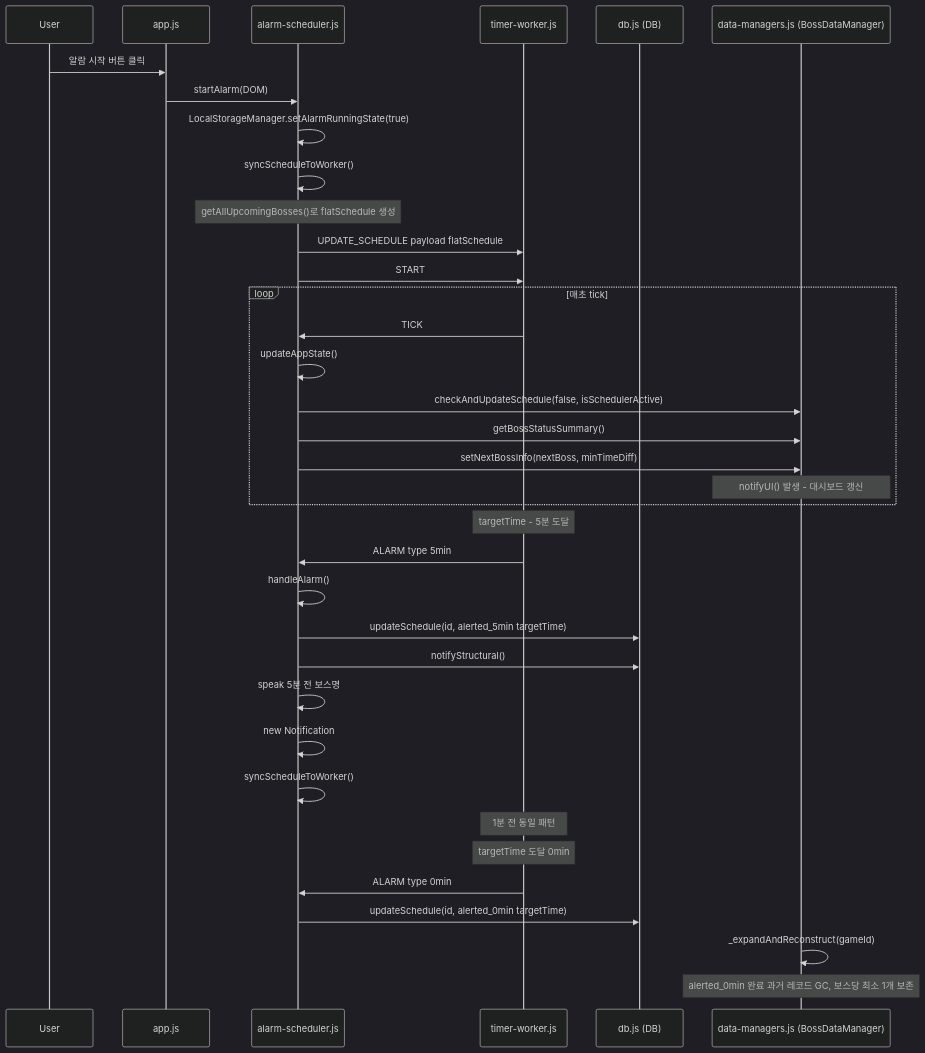
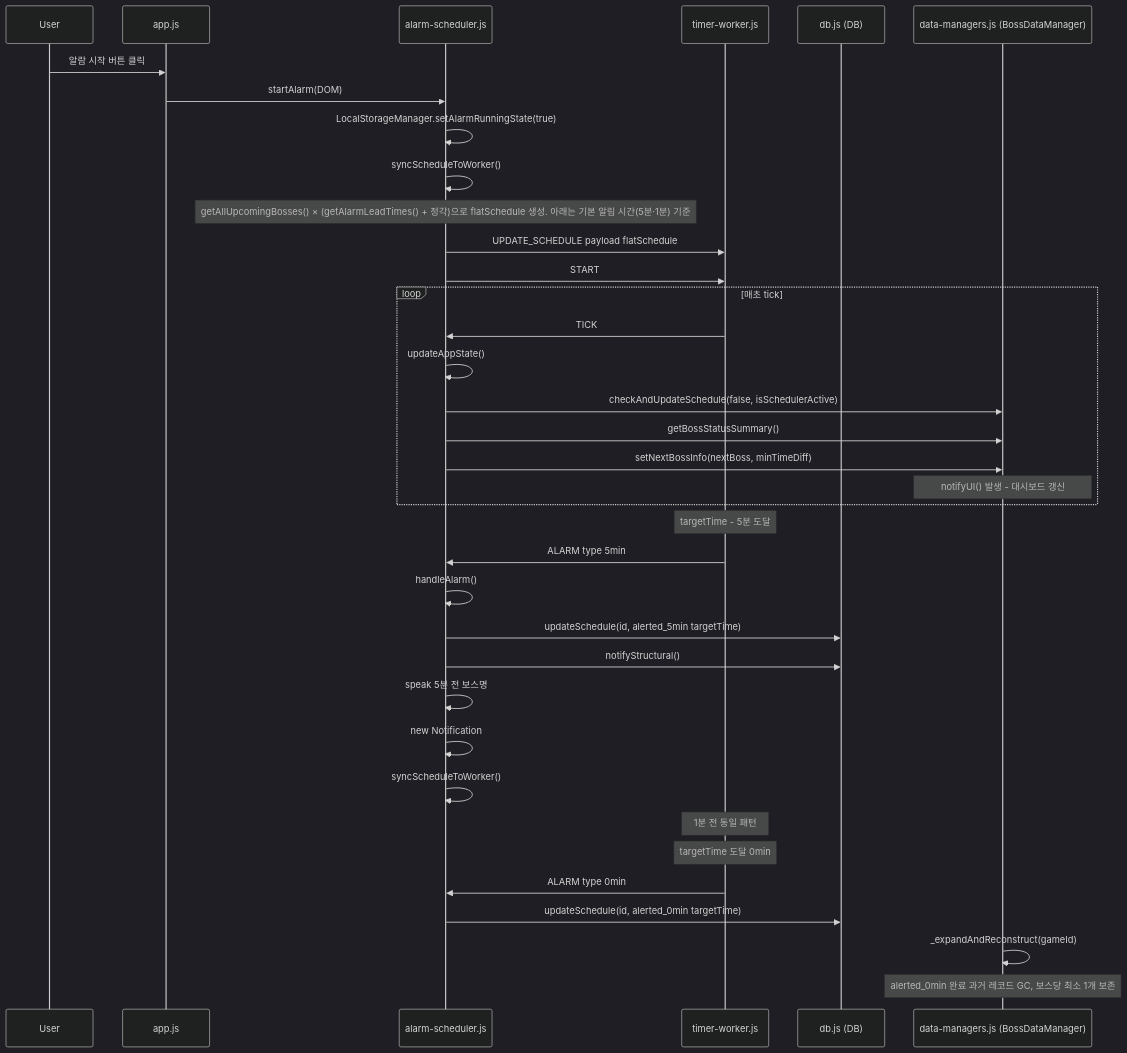
Before and after one commit to bohe76/boss-alarm: the second of 6 diagrams in docs/architecture/sequence_diagrams.md, drawn with Mermaid (dark theme). The commit also changed 21 other files, not shown here.

````diff
--- a/docs/architecture/sequence_diagrams.md
+++ b/docs/architecture/sequence_diagrams.md
@@ -77,43 +77,43 @@
 ```mermaid
 sequenceDiagram
     participant User
     participant app.js
     participant alarm-scheduler.js
     participant Worker as timer-worker.js
     participant DB as db.js (DB)
     participant BDM as data-managers.js (BossDataManager)
 
     User->>app.js: 알람 시작 버튼 클릭
     app.js->>alarm-scheduler.js: startAlarm(DOM)
     alarm-scheduler.js->>alarm-scheduler.js: LocalStorageManager.setAlarmRunningState(true)
     alarm-scheduler.js->>alarm-scheduler.js: syncScheduleToWorker()
-    Note over alarm-scheduler.js: getAllUpcomingBosses()로 flatSchedule 생성
+    Note over alarm-scheduler.js: getAllUpcomingBosses() × (getAlarmLeadTimes() + 정각)으로 flatSchedule 생성. 아래는 기본 알림 시간(5분·1분) 기준
     alarm-scheduler.js->>Worker: UPDATE_SCHEDULE payload flatSchedule
     alarm-scheduler.js->>Worker: START
 
     loop 매초 tick
         Worker->>alarm-scheduler.js: TICK
         alarm-scheduler.js->>alarm-scheduler.js: updateAppState()
         alarm-scheduler.js->>BDM: checkAndUpdateSchedule(false, isSchedulerActive)
         alarm-scheduler.js->>BDM: getBossStatusSummary()
         alarm-scheduler.js->>BDM: setNextBossInfo(nextBoss, minTimeDiff)
         Note over BDM: notifyUI() 발생 - 대시보드 갱신
     end
 
     Note over Worker: targetTime - 5분 도달
     Worker->>alarm-scheduler.js: ALARM type 5min
     alarm-scheduler.js->>alarm-scheduler.js: handleAlarm()
     alarm-scheduler.js->>DB: updateSchedule(id, alerted_5min targetTime)
     alarm-scheduler.js->>DB: notifyStructural()
     alarm-scheduler.js->>alarm-scheduler.js: speak 5분 전 보스명
     alarm-scheduler.js->>alarm-scheduler.js: new Notification
     alarm-scheduler.js->>alarm-scheduler.js: syncScheduleToWorker()
 
     Note over Worker: 1분 전 동일 패턴
 
     Note over Worker: targetTime 도달 0min
     Worker->>alarm-scheduler.js: ALARM type 0min
     alarm-scheduler.js->>DB: updateSchedule(id, alerted_0min targetTime)
     BDM->>BDM: _expandAndReconstruct(gameId)
     Note over BDM: alerted_0min 완료 과거 레코드 GC, 보스당 최소 1개 보존
 ```
````
